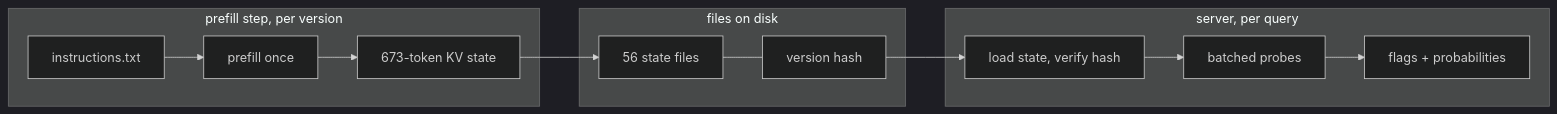
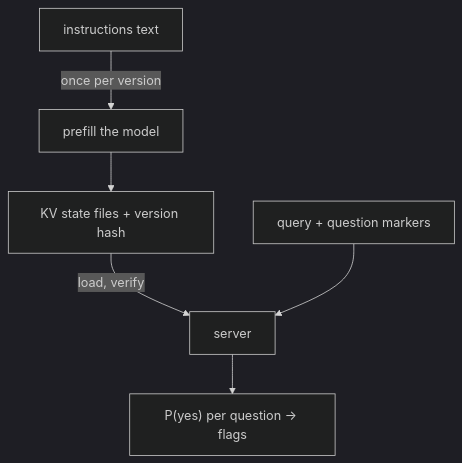
Before and after one commit to mschonaker/mschonaker.github.io: the diagram in _posts/memoized-prefill-llm-router.md, drawn with Mermaid (dark theme). The commit also changed other lines of this file and 6 other files, not shown here.

````diff
--- a/_posts/memoized-prefill-llm-router.md
+++ b/_posts/memoized-prefill-llm-router.md
@@ -391,14 +20,8 @@
 ```mermaid
-flowchart LR
-    subgraph prefill_step [prefill step, per version]
-        P[instructions.txt] --> K[prefill once] --> S[673-token KV state]
-    end
-    subgraph artifact [files on disk]
-        S2[56 state files] --- V[version hash]
-    end
-    subgraph serve [server, per query]
-        L[load state, verify hash] --> Q[batched probes] --> F[flags + probabilities]
-    end
-    S --> S2
-    V --> L
+flowchart TB
+    I[instructions text] -->|once per version| P[prefill the model]
+    P --> M[KV state files + version hash]
+    M -->|load, verify| S[server]
+    Q[query + question markers] --> S
+    S --> F["P(yes) per question → flags"]
 ```
````
